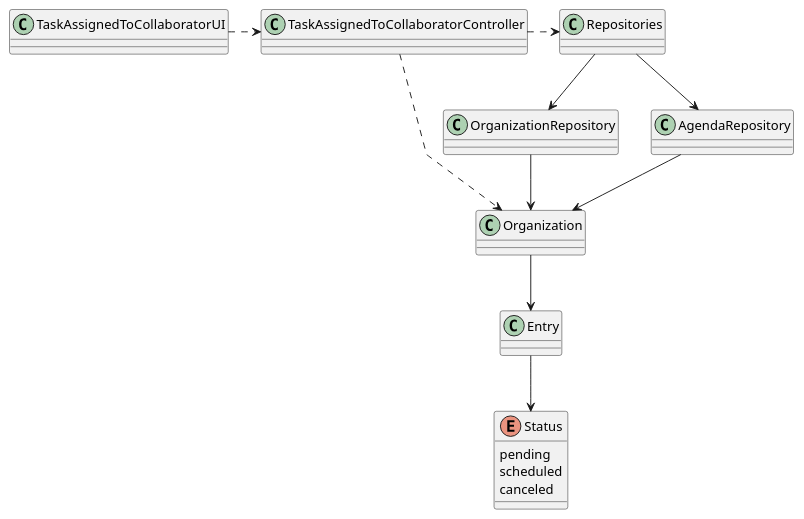
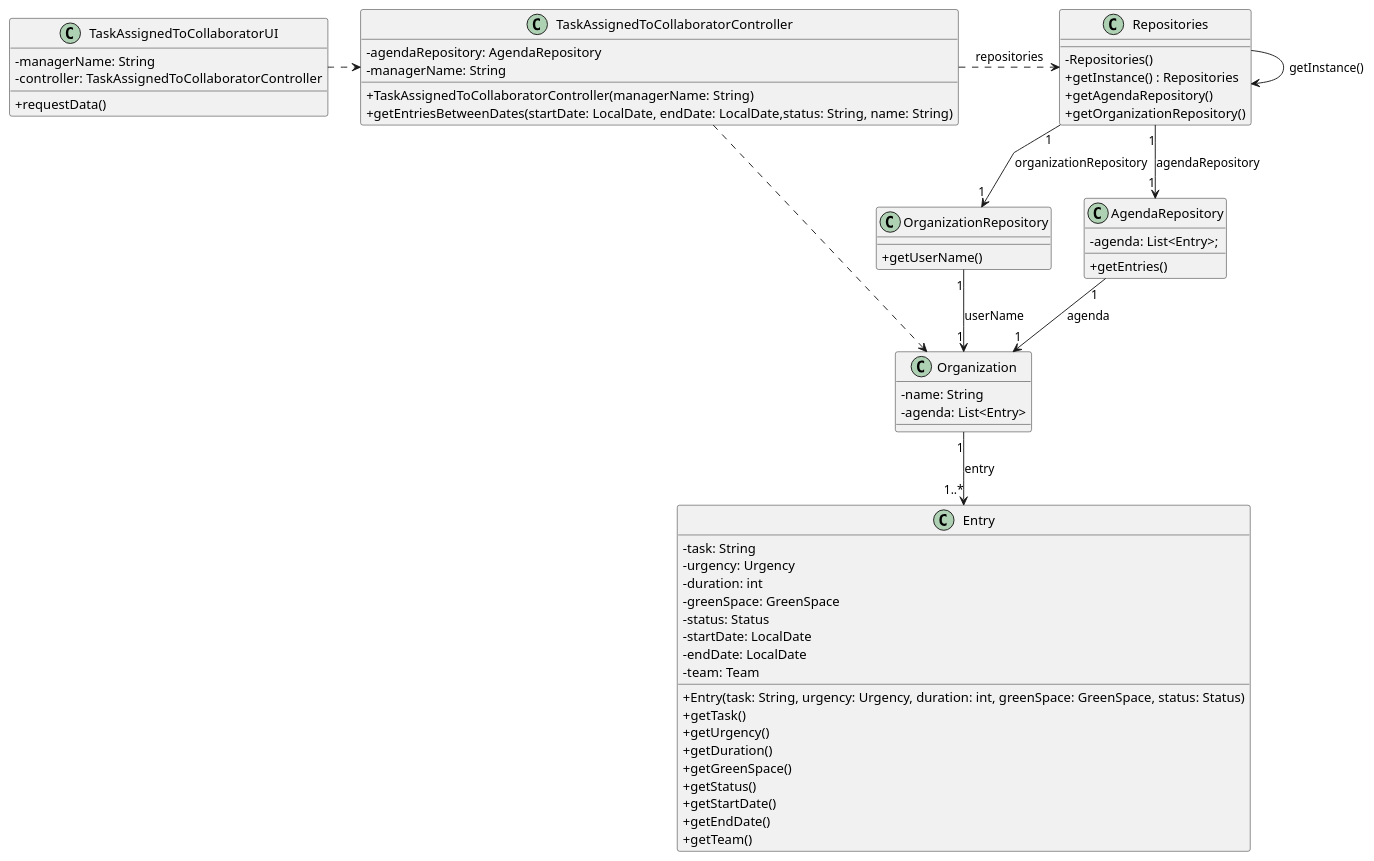
Before and after one commit to Departamento-de-Engenharia-Informatica/lei-24-s2-1df-1de-g063: the diagram in docs/SprintC/us28/03.design/puml/us028-class-diagram.puml, drawn with PlantUML. The commit also changed 58 other files, not shown here.

```diff
--- a/docs/SprintC/us28/03.design/puml/us028-class-diagram.puml
+++ b/docs/SprintC/us28/03.design/puml/us028-class-diagram.puml
@@ -1,56 +1,77 @@
 @startuml
 'skinparam monochrome true
 skinparam packageStyle rectangle
 skinparam shadowing false
 skinparam linetype polyline
 'skinparam linetype orto
 
 skinparam classAttributeIconSize 0
 
 'left to right direction
 
 class TaskAssignedToCollaboratorUI{
-
+    - managerName: String
+    - controller: TaskAssignedToCollaboratorController
+    + requestData()
 }
 
 class TaskAssignedToCollaboratorController{
-
+    - agendaRepository: AgendaRepository
+    - managerName: String
+    + TaskAssignedToCollaboratorController(managerName: String)
+    +getEntriesBetweenDates(startDate: LocalDate, endDate: LocalDate,status: String, name: String)
 }
 
 class Organization{
-
+    - name: String
+    - agenda: List<Entry>
 }
 
 class OrganizationRepository{
-
+    + getUserName()
 }
 
 class AgendaRepository{
-
+    - agenda: List<Entry>;
+    + getEntries()
 }
 
 class Repositories{
-
+    - Repositories()
+    + getInstance() : Repositories
+    + getAgendaRepository()
+    + getOrganizationRepository()
 }
 
 class Entry{
-
-}
-
-enum Status{
-    pending
-    scheduled
-    canceled
+    - task: String
+    - urgency: Urgency
+    - duration: int
+    - greenSpace: GreenSpace
+    - status: Status
+    - startDate: LocalDate
+    - endDate: LocalDate
+    - team: Team
+    + Entry(task: String, urgency: Urgency, duration: int, greenSpace: GreenSpace, status: Status)
+    + getTask()
+    + getUrgency()
+    + getDuration()
+    + getGreenSpace()
+    + getStatus()
+    + getStartDate()
+    + getEndDate()
+    + getTeam()
 }
 
 TaskAssignedToCollaboratorUI .> TaskAssignedToCollaboratorController
 TaskAssignedToCollaboratorController ..> Organization
-TaskAssignedToCollaboratorController .> Repositories
-Repositories --> OrganizationRepository
-Repositories --> AgendaRepository
-OrganizationRepository --> Organization
-AgendaRepository --> Organization
-Organization --> Entry
-Entry --> Status
+TaskAssignedToCollaboratorController .> Repositories: repositories
+Repositories "1" --> "1" OrganizationRepository: organizationRepository
+Repositories "1"--> "1" AgendaRepository: agendaRepository
+OrganizationRepository "1" --> "1" Organization: userName
+AgendaRepository "1" --> "1" Organization: agenda
+Organization "1" --> "1..*"Entry: entry
+Repositories --> Repositories : getInstance()
+
 
 @enduml
```
